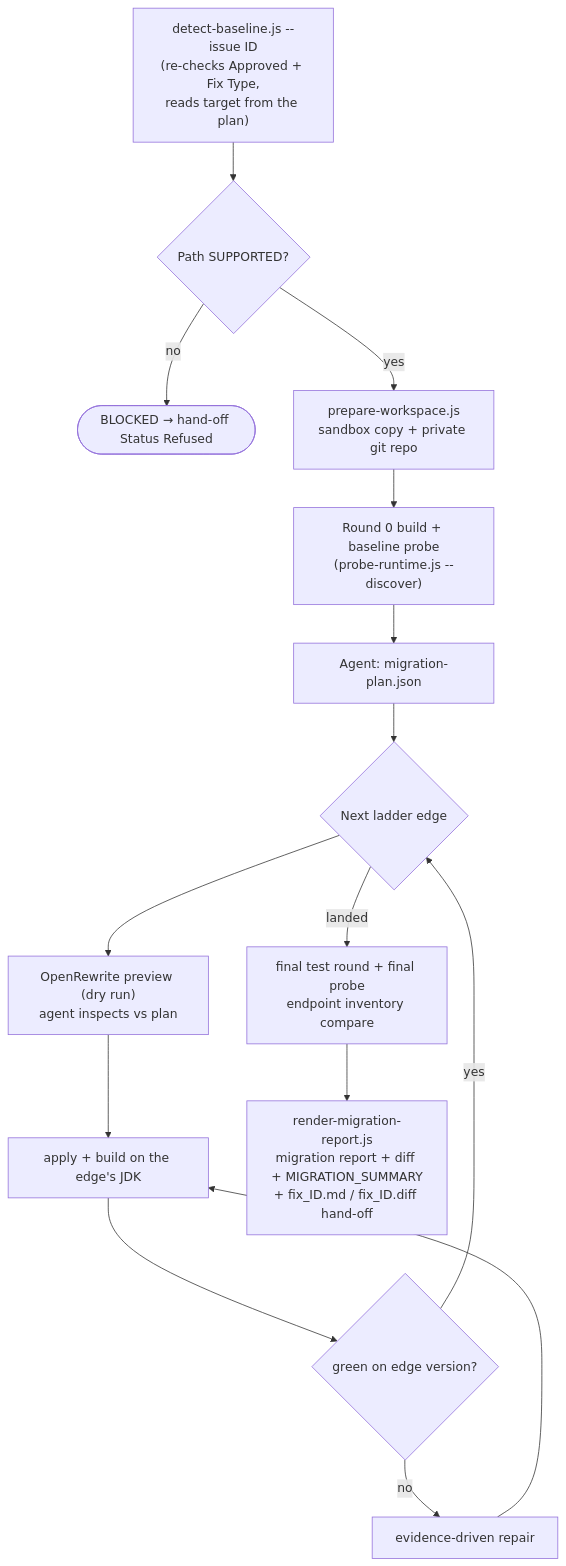
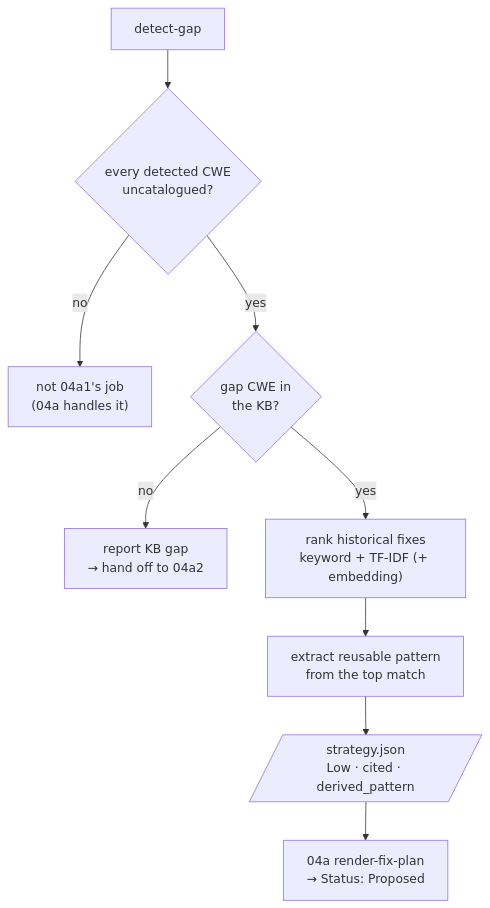
Before and after one commit to KrishnaAnnavaram/MARS: diagram 19 of 31 in README.md, drawn with Mermaid. The commit also changed other lines of this file, not shown here.

First line of the commit message:
Rewrite the README as a full agent-and-skill handbook

````diff
--- a/README.md
+++ b/README.md
@@ -721,16 +1121,11 @@
 ```mermaid
 flowchart TD
-    A["detect-baseline.js --issue ID<br/>(re-checks Approved + Fix Type,<br/>reads target from the plan)"] --> P{"Path SUPPORTED?"}
-    P -->|"no"| BL(["BLOCKED → hand-off Status Refused"])
-    P -->|yes| W["prepare-workspace.js<br/>sandbox copy + private git repo"]
-    W --> R0["Round 0 build + baseline probe<br/>(probe-runtime.js --discover)"]
-    R0 --> PL["Agent: migration-plan.json"]
-    PL --> E{"Next ladder edge"}
-    E --> DR["OpenRewrite preview (dry run)<br/>agent inspects vs plan"]
-    DR --> AP["apply + build on the edge's JDK"]
-    AP --> G{"green on edge version?"}
-    G -->|no| RP["evidence-driven repair"] --> AP
-    G -->|yes| E
-    E -->|landed| FP["final test round + final probe<br/>endpoint inventory compare"]
-    FP --> REN["render-migration-report.js<br/>migration report + diff + MIGRATION_SUMMARY<br/>+ fix_ID.md / fix_ID.diff hand-off"]
+    D["detect-gap"] --> Q{"every detected CWE<br/>uncatalogued?"}
+    Q -->|no| STOP1["not 04a1's job<br/>(04a handles it)"]
+    Q -->|yes| K{"gap CWE in<br/>the KB?"}
+    K -->|no| KG["report KB gap<br/>→ hand off to 04a2"]
+    K -->|yes| R["rank historical fixes<br/>keyword + TF-IDF (+ embedding)"]
+    R --> X["extract reusable pattern<br/>from the top match"]
+    X --> S[/"strategy.json<br/>Low · cited · derived_pattern"/]
+    S --> RN["04a render-fix-plan<br/>→ Status: Proposed"]
 ```
````
